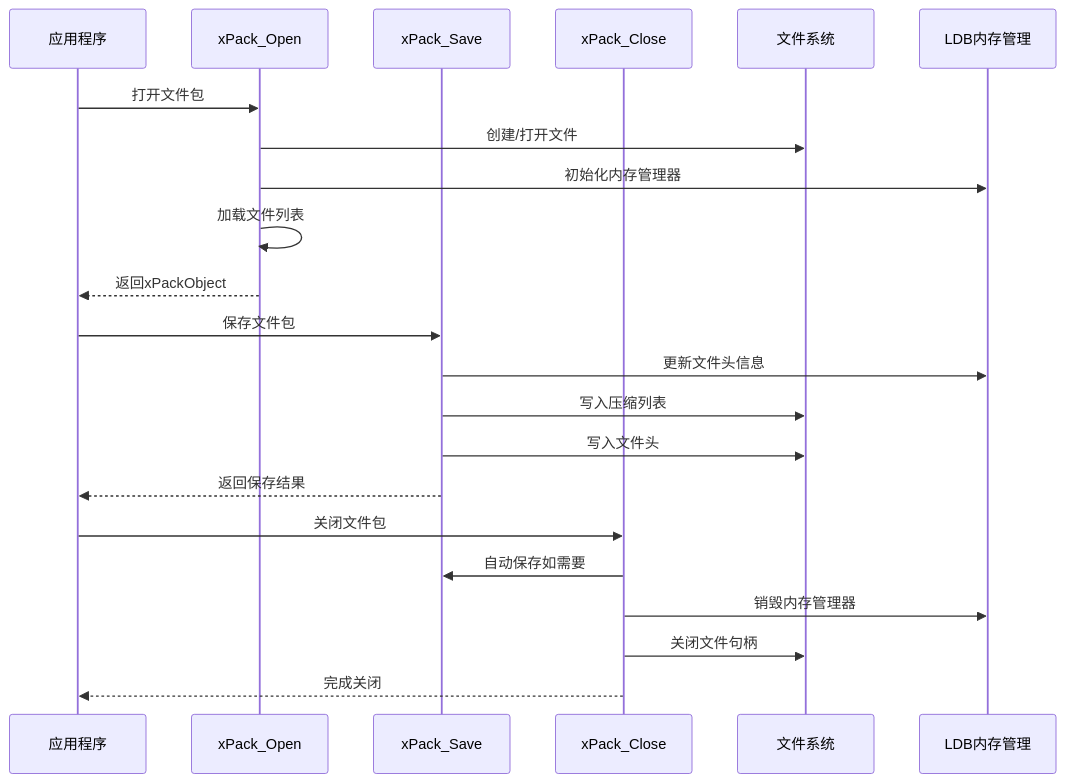
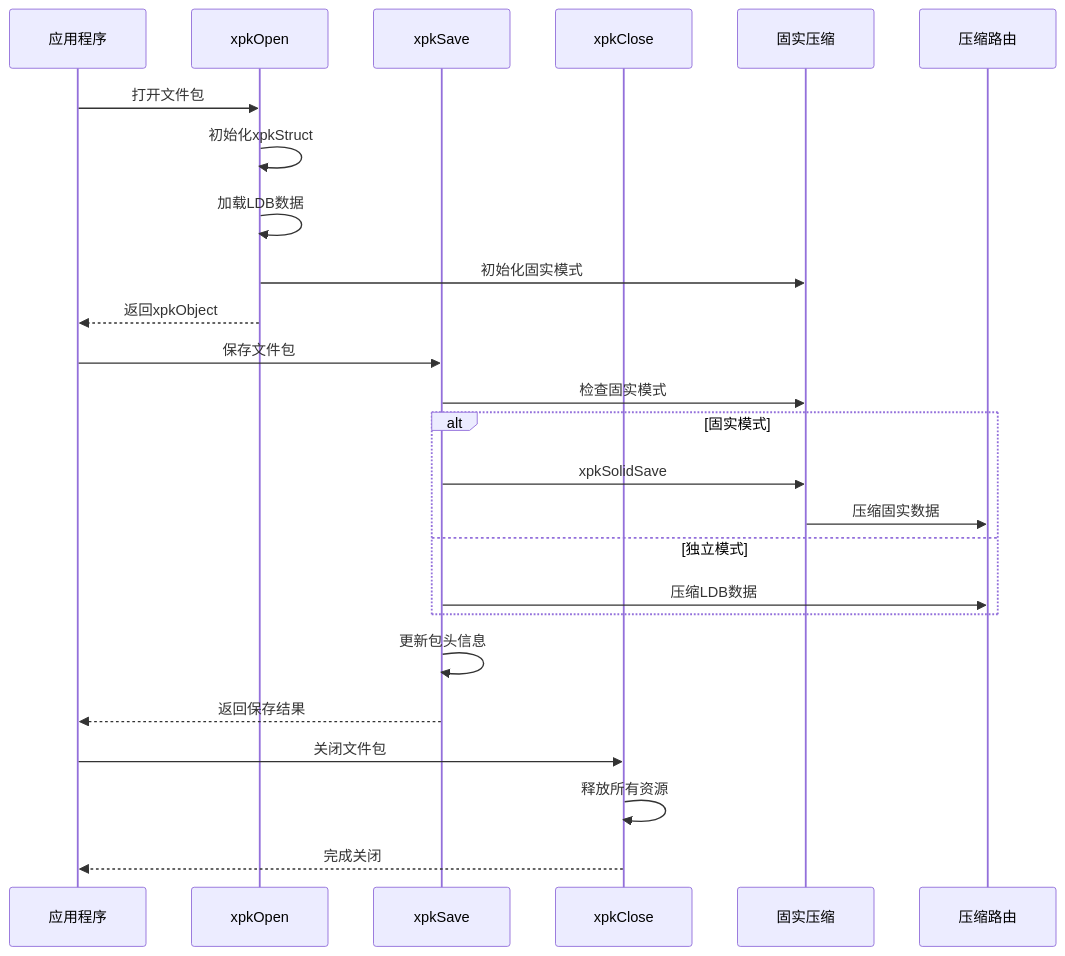
The sixth of 8 diagrams in .qoder/repowiki/zh/content/API参考手册/核心API函数.md (xywhsoft/xpack), drawn with Mermaid before and after one commit. The commit also changed other lines of this file and 23 other files, not shown here.

````diff
--- a/.qoder/repowiki/zh/content/API参考手册/核心API函数.md
+++ b/.qoder/repowiki/zh/content/API参考手册/核心API函数.md
@@ -359,24 +630,27 @@
 ```mermaid
 sequenceDiagram
 participant App as 应用程序
-participant Open as xPack_Open
-participant Save as xPack_Save
-participant Close as xPack_Close
-participant File as 文件系统
-participant LDB as LDB内存管理
+participant Open as xpkOpen
+participant Save as xpkSave
+participant Close as xpkClose
+participant Solid as 固实压缩
+participant Router as 压缩路由
 App->>Open : 打开文件包
-Open->>File : 创建/打开文件
-Open->>LDB : 初始化内存管理器
-Open->>Open : 加载文件列表
-Open-->>App : 返回xPackObject
+Open->>Open : 初始化xpkStruct
+Open->>Open : 加载LDB数据
+Open->>Solid : 初始化固实模式
+Open-->>App : 返回xpkObject
 App->>Save : 保存文件包
-Save->>LDB : 更新文件头信息
-Save->>File : 写入压缩列表
-Save->>File : 写入文件头
+Save->>Solid : 检查固实模式
+alt 固实模式
+Save->>Solid : xpkSolidSave
+Solid->>Router : 压缩固实数据
+else 独立模式
+Save->>Router : 压缩LDB数据
+end
+Save->>Save : 更新包头信息
 Save-->>App : 返回保存结果
 App->>Close : 关闭文件包
-Close->>Save : 自动保存如需要
-Close->>LDB : 销毁内存管理器
-Close->>File : 关闭文件句柄
+Close->>Close : 释放所有资源
 Close-->>App : 完成关闭
 ```
````
